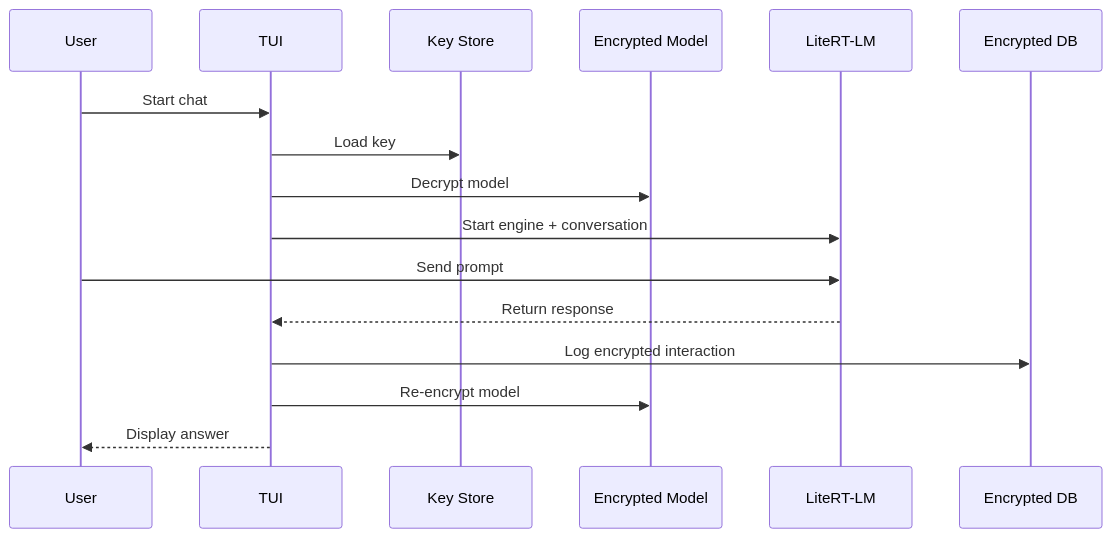
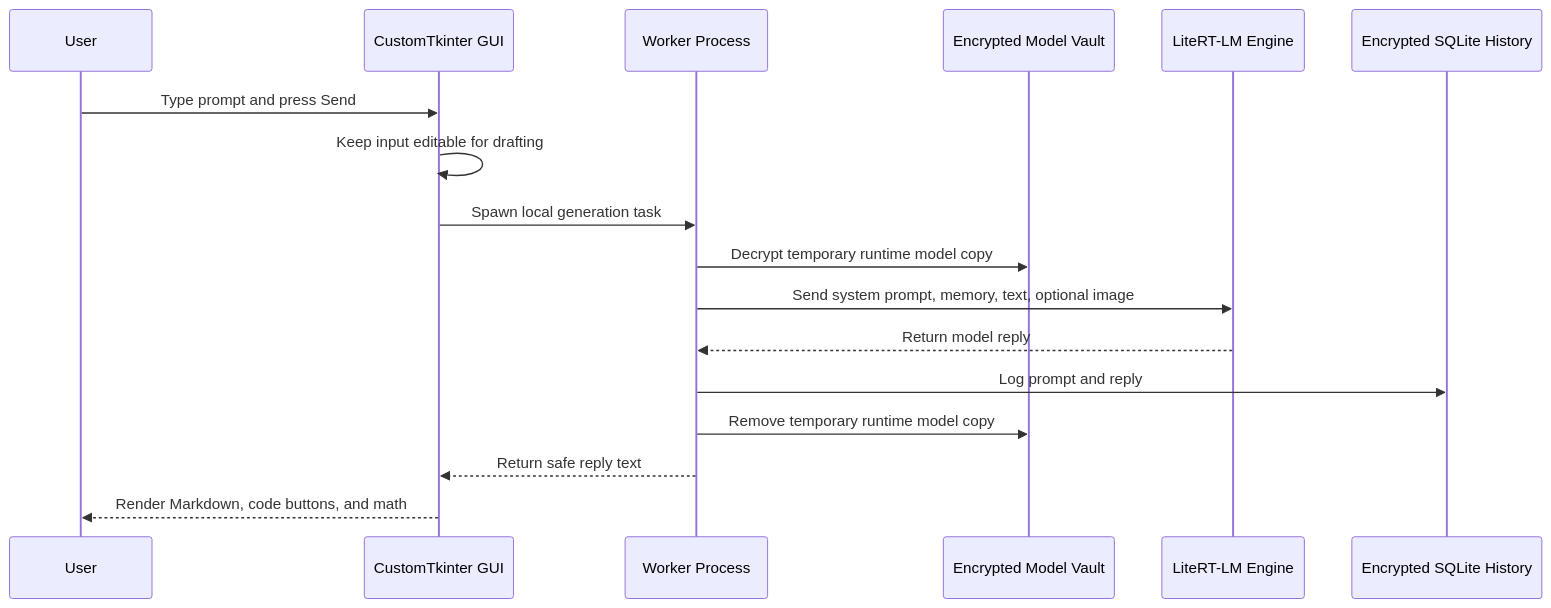
The second of 5 diagrams in README.md (ornab74/humoid-gui-gemma-4), drawn with Mermaid before and after one commit. The commit also changed other lines of this file and 1 other file, not shown here.

````diff
--- a/README.md
+++ b/README.md
@@ -429,19 +68,20 @@
 ```mermaid
 sequenceDiagram
     participant U as User
-    participant T as TUI
-    participant K as Key Store
-    participant M as Encrypted Model
-    participant L as LiteRT-LM
-    participant D as Encrypted DB
+    participant G as CustomTkinter GUI
+    participant W as Worker Process
+    participant M as Encrypted Model Vault
+    participant L as LiteRT-LM Engine
+    participant D as Encrypted SQLite History
 
-    U->>T: Start chat
-    T->>K: Load key
-    T->>M: Decrypt model
-    T->>L: Start engine + conversation
-    U->>L: Send prompt
-    L-->>T: Return response
-    T->>D: Log encrypted interaction
-    T->>M: Re-encrypt model
-    T-->>U: Display answer
+    U->>G: Type prompt and press Send
+    G->>G: Keep input editable for drafting
+    G->>W: Spawn local generation task
+    W->>M: Decrypt temporary runtime model copy
+    W->>L: Send system prompt, memory, text, optional image
+    L-->>W: Return model reply
+    W->>D: Log prompt and reply
+    W->>M: Remove temporary runtime model copy
+    W-->>G: Return safe reply text
+    G-->>U: Render Markdown, code buttons, and math
 ```
````
